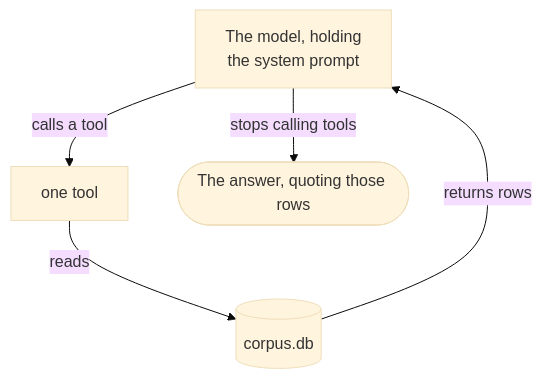
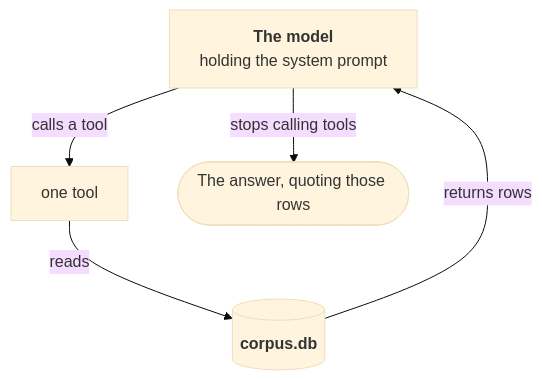
The fourth of 4 diagrams in docs/architecture.md (rulekitai/rulekit), drawn with Mermaid (base theme) before and after one commit. The commit also changed other lines of this file, not shown here.

First line of the commit message:
docs(architecture): give each node a bold name on its own line

````diff
--- a/docs/architecture.md
+++ b/docs/architecture.md
@@ -74,7 +82,8 @@
 ```mermaid
 flowchart TB
-    MODEL["The model, holding <br/>the system prompt"] -->|"calls a tool"| TOOL["one tool"]
-    TOOL -->|"reads"| DB[("corpus.db")]
+    MODEL["`**The model**
+        holding the system prompt`"] -->|"calls a tool"| TOOL["one tool"]
+    TOOL -->|"reads"| DB[("`**corpus.db**`")]
     DB -->|"returns rows"| MODEL
     MODEL -->|"stops calling tools"| ANSWER(["The answer, quoting those rows"])
 ```
````
